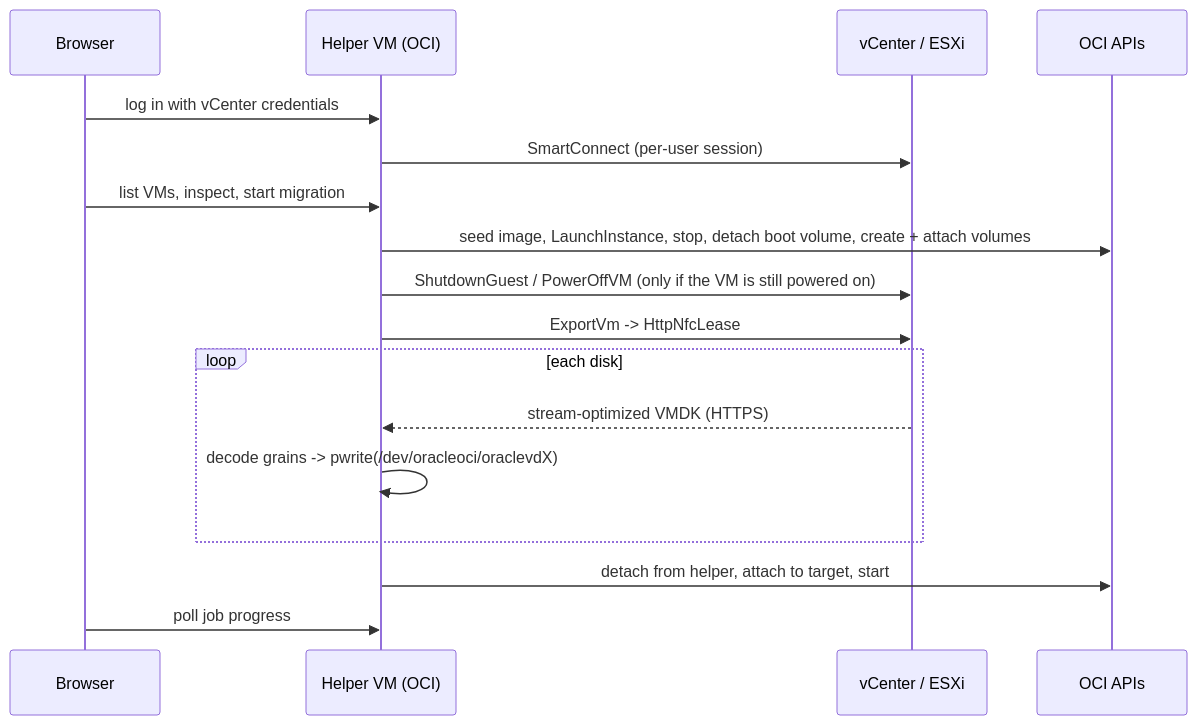
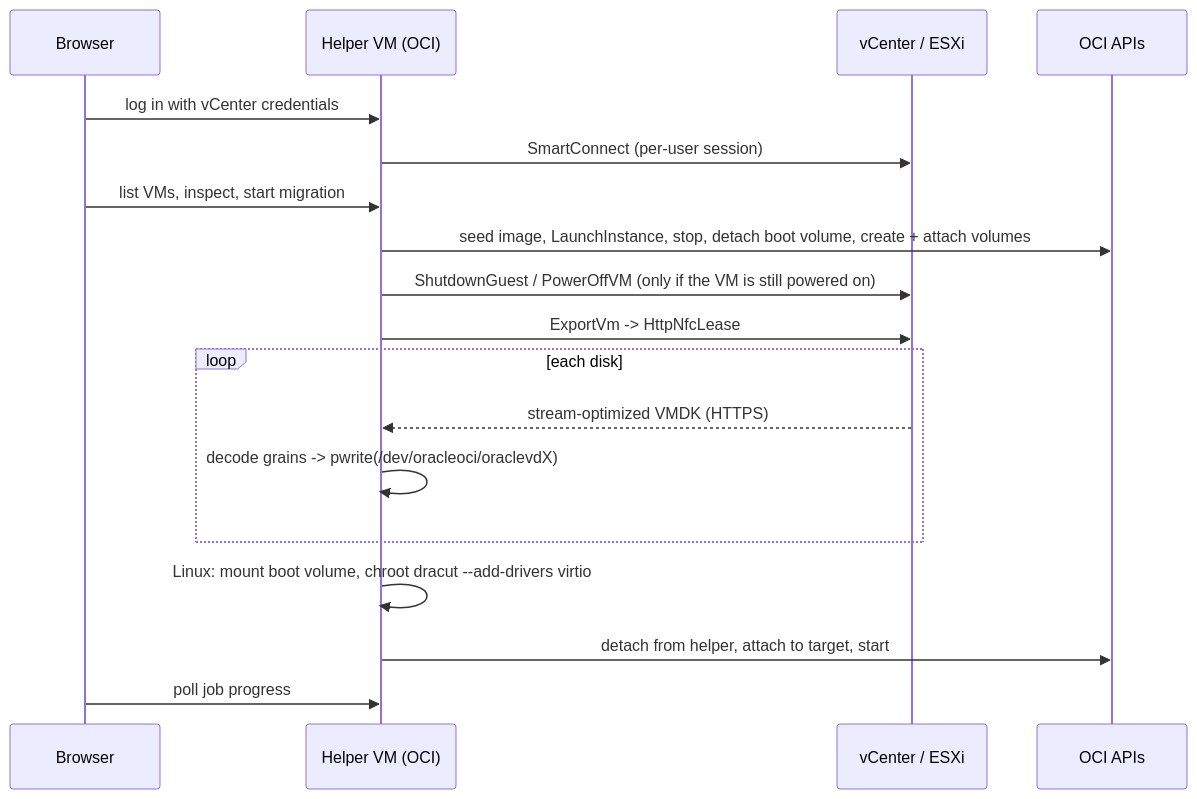
The diagram in docs/how-it-works.md (RichardORCL/vmware-migration-helper), drawn with Mermaid before and after one commit. The commit also changed other lines of this file and 12 other files, not shown here.

First line of the commit message:
Post-copy guest fix-up: rebuild the Linux initramfs with virtio drivers

````diff
--- a/docs/how-it-works.md
+++ b/docs/how-it-works.md
@@ -26,19 +29,20 @@
 ```mermaid
 sequenceDiagram
     participant B as Browser
     participant H as Helper VM (OCI)
     participant VC as vCenter / ESXi
     participant OCI as OCI APIs
     B->>H: log in with vCenter credentials
     H->>VC: SmartConnect (per-user session)
     B->>H: list VMs, inspect, start migration
     H->>OCI: seed image, LaunchInstance, stop, detach boot volume, create + attach volumes
     H->>VC: ShutdownGuest / PowerOffVM (only if the VM is still powered on)
     H->>VC: ExportVm -> HttpNfcLease
     loop each disk
         VC-->>H: stream-optimized VMDK (HTTPS)
         H->>H: decode grains -> pwrite(/dev/oracleoci/oraclevdX)
     end
+    H->>H: Linux: mount boot volume, chroot dracut --add-drivers virtio
     H->>OCI: detach from helper, attach to target, start
     B->>H: poll job progress
 ```
````
